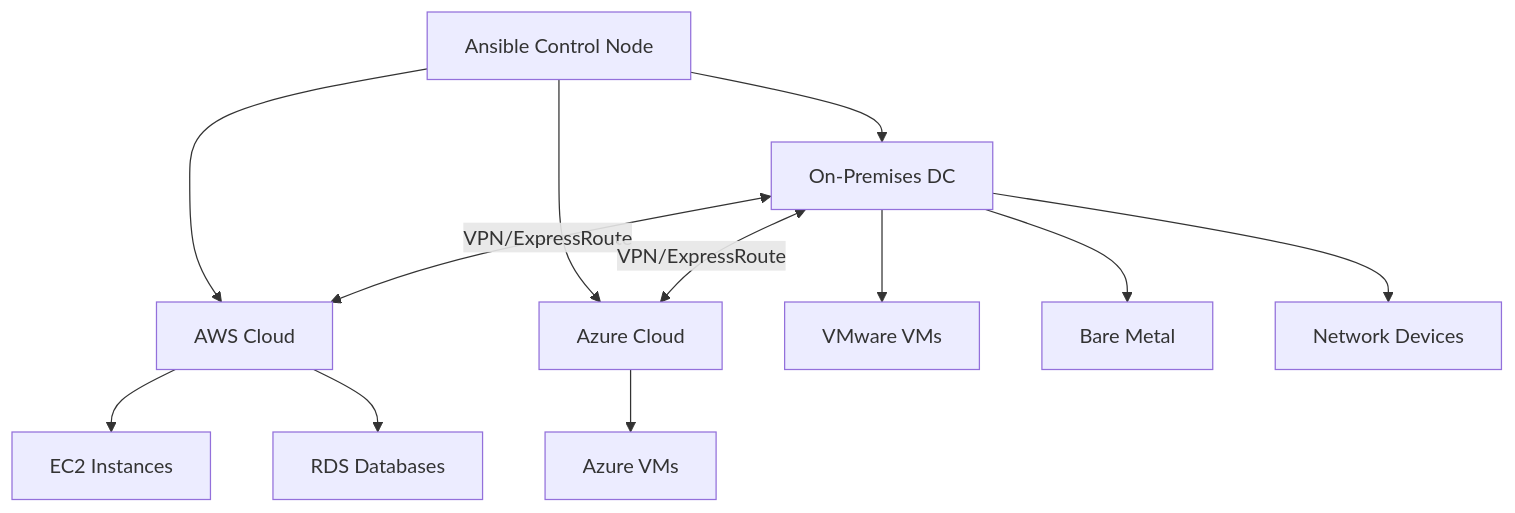
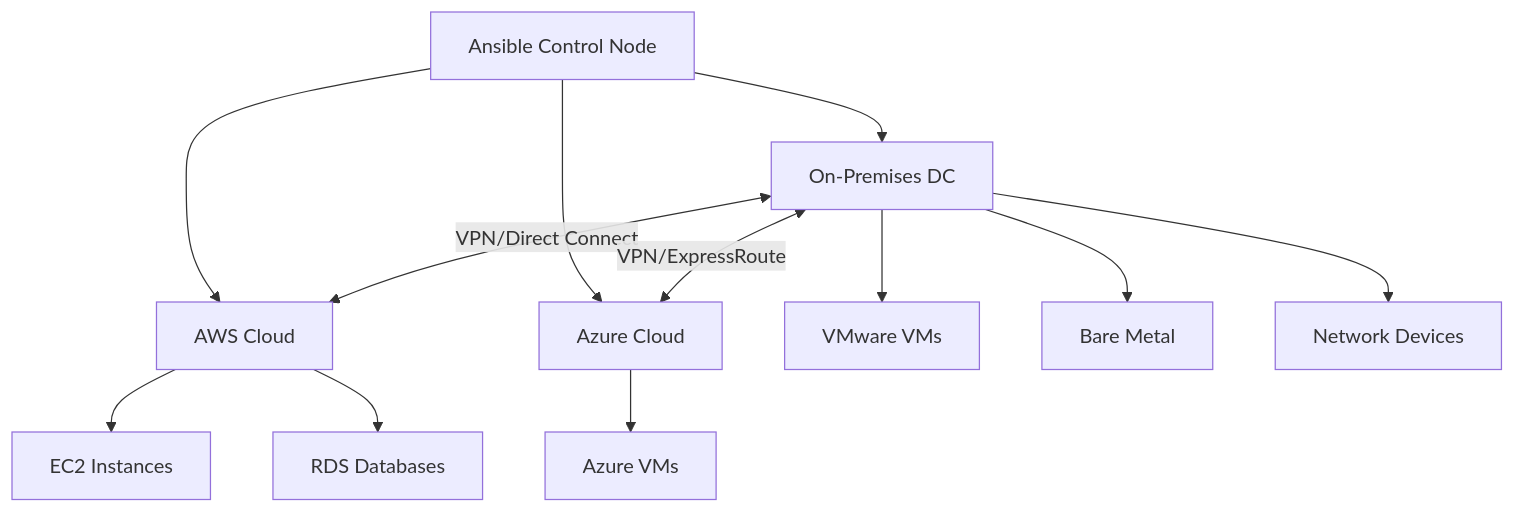
The diagram in posts/2026-02-21-how-to-use-ansible-to-set-up-hybrid-cloud-infrastructure/README.md (OneUptime/blog), drawn with Mermaid before and after one commit. The commit also changed other lines of this file and 2 other files, not shown here.

````diff
--- a/posts/2026-02-21-how-to-use-ansible-to-set-up-hybrid-cloud-infrastructure/README.md
+++ b/posts/2026-02-21-how-to-use-ansible-to-set-up-hybrid-cloud-infrastructure/README.md
@@ -17,14 +17,14 @@
 ```mermaid
 graph TD
     A[Ansible Control Node] --> B[On-Premises DC]
     A --> C[AWS Cloud]
     A --> D[Azure Cloud]
     B --> E[VMware VMs]
     B --> F[Bare Metal]
     B --> G[Network Devices]
     C --> H[EC2 Instances]
     C --> I[RDS Databases]
     D --> J[Azure VMs]
-    B <-->|VPN/ExpressRoute| C
+    B <-->|VPN/Direct Connect| C
     B <-->|VPN/ExpressRoute| D
 ```
````
